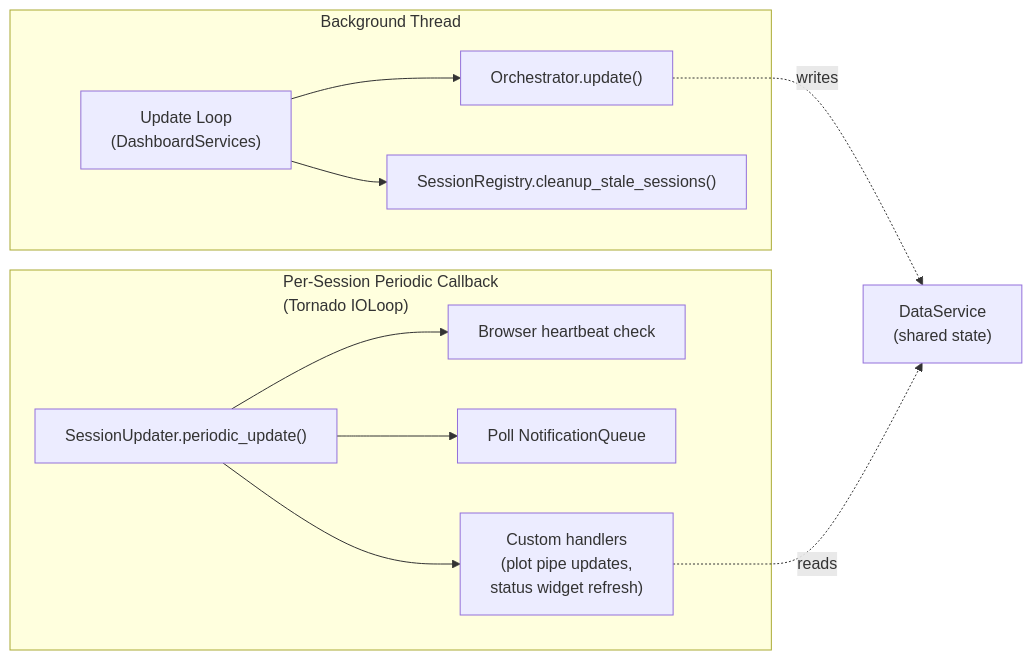
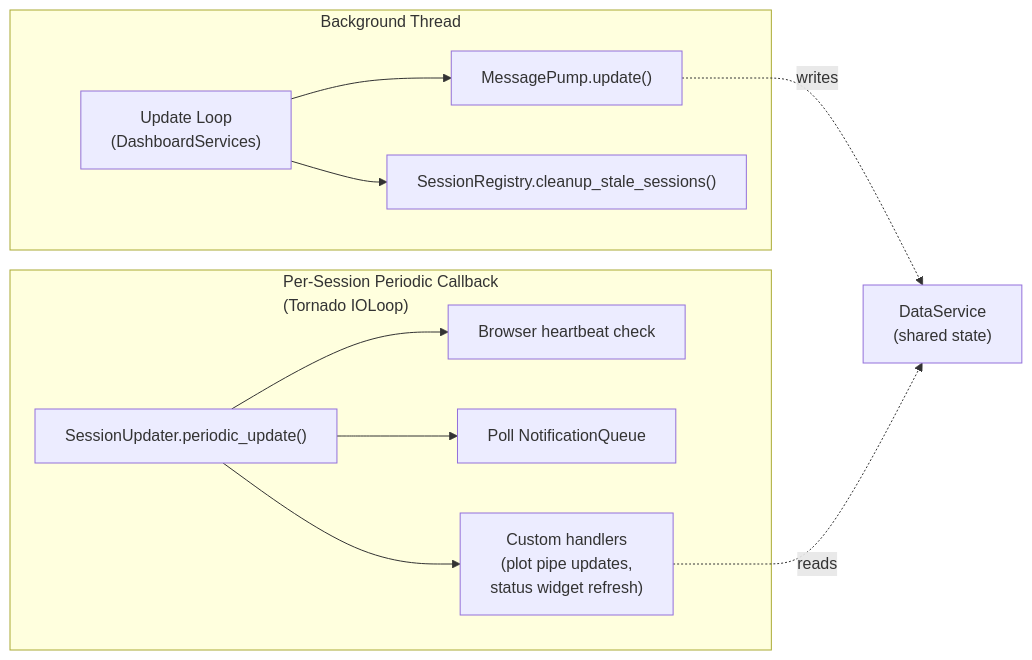
The sixth of 7 diagrams in docs/developer/design/dashboard-architecture.md (scipp/esslivedata), drawn with Mermaid before and after one commit. The commit also changed other lines of this file and 23 other files, not shown here.

````diff
--- a/docs/developer/design/dashboard-architecture.md
+++ b/docs/developer/design/dashboard-architecture.md
@@ -201,18 +201,18 @@
 ```mermaid
 flowchart LR
     subgraph "Background Thread"
         UL["Update Loop<br>(DashboardServices)"]
-        UL --> O["Orchestrator.update()"]
+        UL --> O["MessagePump.update()"]
         UL --> SC["SessionRegistry.cleanup_stale_sessions()"]
     end
 
     subgraph "Per-Session Periodic Callback<br>(Tornado IOLoop)"
         SU["SessionUpdater.periodic_update()"]
         SU --> HB["Browser heartbeat check"]
         SU --> NQ["Poll NotificationQueue"]
         SU --> CH["Custom handlers<br>(plot pipe updates,<br>status widget refresh)"]
     end
 
     O -.->|writes| DS["DataService<br>(shared state)"]
     CH -.->|reads| DS
 ```
````
